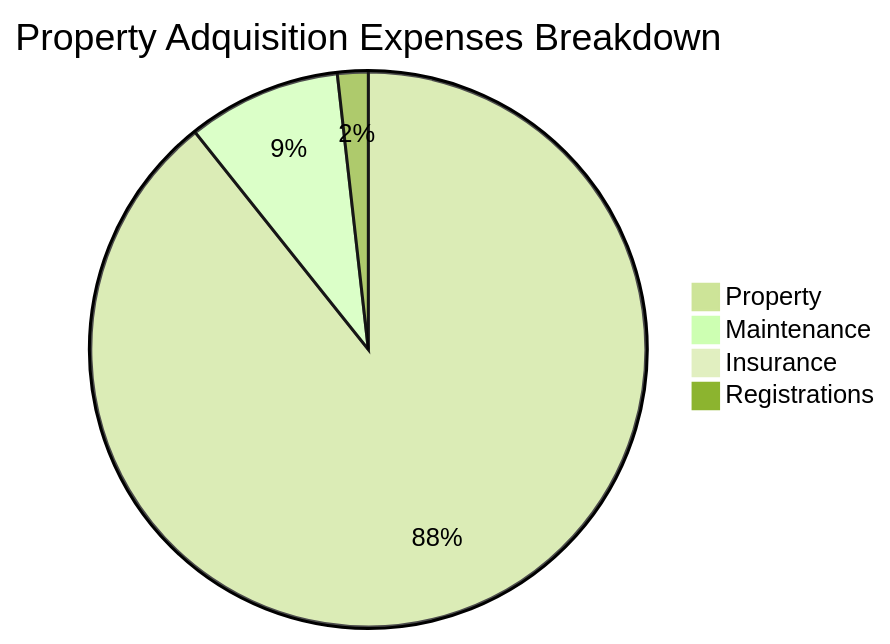
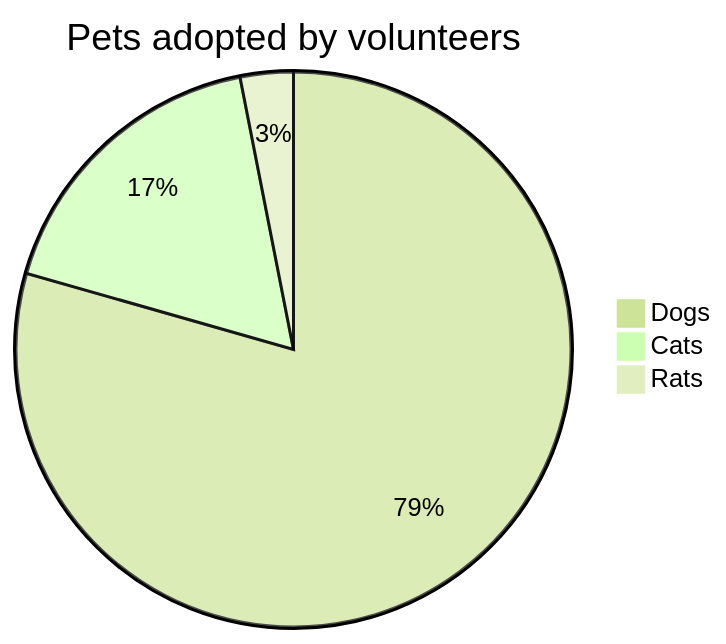
One commit to JAlcocerT/JAlcocerT changed the second of 2 diagrams in content/blog/outro-buying-house.md. Above: the diagram before and after it, drawn with Mermaid (forest theme). The commit also changed other lines of this file and 63 other files, not shown here.

````diff
--- a/content/blog/outro-buying-house.md
+++ b/content/blog/outro-buying-house.md
@@ -29,7 +45,6 @@
 ```mermaid
-pie title Property Adquisition Expenses Breakdown
-         "Property" : 100
-         "Maintenance" : 10
-         "Insurance" : 1
-         "Registrations" : 2
+pie title Pets adopted by volunteers
+    "Dogs" : 386
+    "Cats" : 85
+    "Rats" : 15
 ```
````
